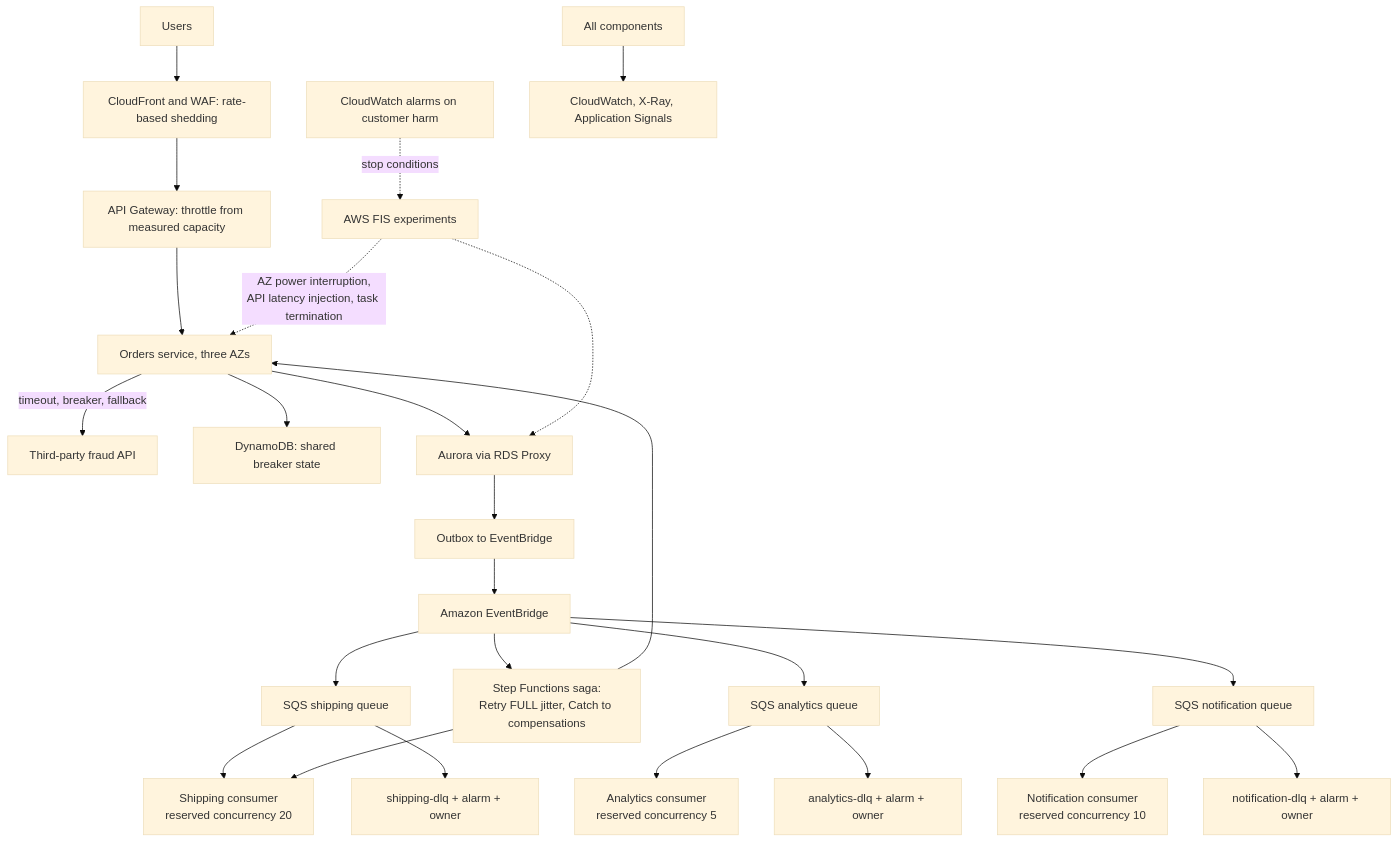
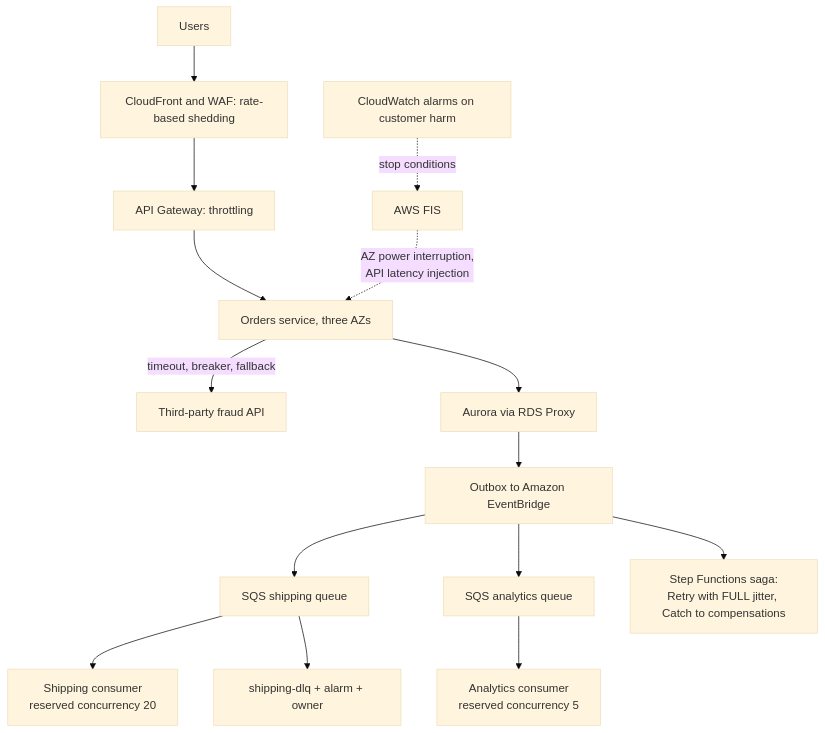
The fifth of 5 diagrams in docs/unit4/topic3.md (norbutlepcha25/dso303), drawn with Mermaid (base theme) before and after one commit. The commit also changed other lines of this file and 12 other files, not shown here.

````diff
--- a/docs/unit4/topic3.md
+++ b/docs/unit4/topic3.md
@@ -797,27 +455,17 @@
 ```mermaid
 flowchart TD
     U["Users"] --> CF["CloudFront and WAF: rate-based shedding"]
-    CF --> AG["API Gateway: throttle from measured capacity"]
+    CF --> AG["API Gateway: throttling"]
     AG --> ORD["Orders service, three AZs"]
     ORD -->|"timeout, breaker, fallback"| FRD["Third-party fraud API"]
-    ORD --> CBS["DynamoDB: shared breaker state"]
     ORD --> AUR["Aurora via RDS Proxy"]
-    AUR --> OUT["Outbox to EventBridge"]
-    OUT --> EB["Amazon EventBridge"]
+    AUR --> EB["Outbox to Amazon EventBridge"]
     EB --> Q1["SQS shipping queue"]
     EB --> Q2["SQS analytics queue"]
-    EB --> Q3["SQS notification queue"]
     Q1 --> SHIP["Shipping consumer<br/>reserved concurrency 20"]
     Q2 --> ANA["Analytics consumer<br/>reserved concurrency 5"]
-    Q3 --> NOT["Notification consumer<br/>reserved concurrency 10"]
     Q1 --> D1["shipping-dlq + alarm + owner"]
-    Q2 --> D2["analytics-dlq + alarm + owner"]
-    Q3 --> D3["notification-dlq + alarm + owner"]
-    EB --> SFN["Step Functions saga:<br/>Retry FULL jitter, Catch to compensations"]
-    SFN --> ORD
-    SFN --> SHIP
-    FIS["AWS FIS experiments"] -.->|"AZ power interruption,<br/>API latency injection, task termination"| ORD
-    FIS -.-> AUR
+    EB --> SFN["Step Functions saga:<br/>Retry with FULL jitter, Catch to compensations"]
+    FIS["AWS FIS"] -.->|"AZ power interruption,<br/>API latency injection"| ORD
     CWA["CloudWatch alarms on customer harm"] -.->|"stop conditions"| FIS
-    ALL["All components"] --> OBS["CloudWatch, X-Ray, Application Signals"]
 ```
````
